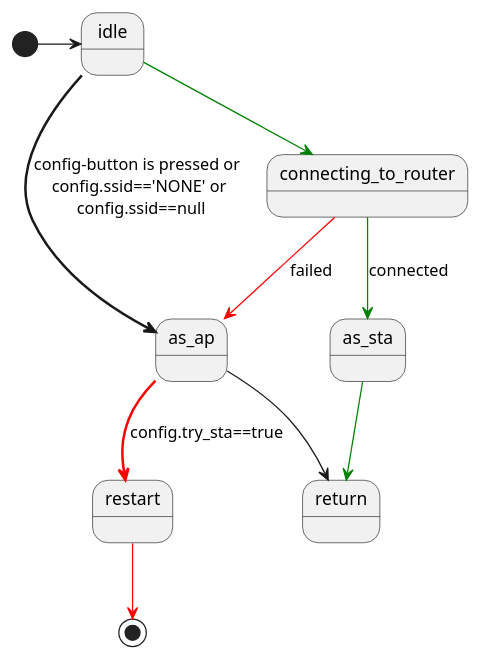
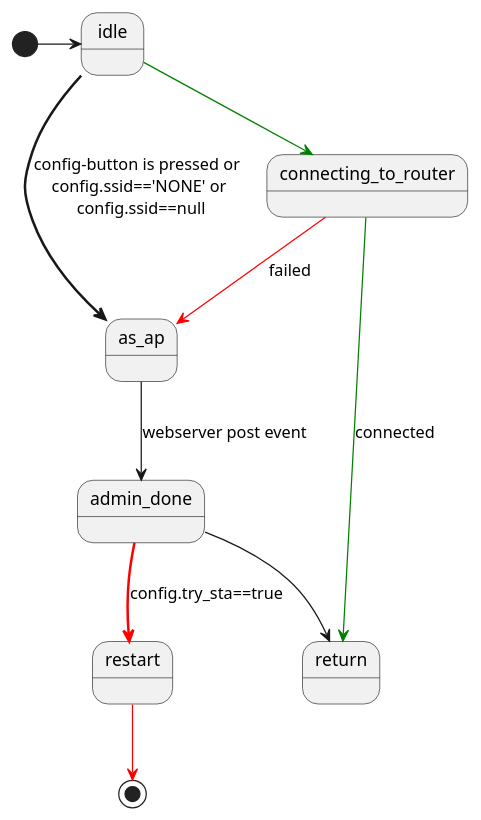
One commit to voicevon/gobot_front changed the diagram in esp32_arm/src/MyLibs/utility/webserver_starter/docs/statemachie.puml. Above: the diagram before and after it, drawn with PlantUML. The commit also changed 11 other files, not shown here.

```diff
--- a/esp32_arm/src/MyLibs/utility/webserver_starter/docs/statemachie.puml
+++ b/esp32_arm/src/MyLibs/utility/webserver_starter/docs/statemachie.puml
@@ -1,15 +1,16 @@
 @startuml
 [*] -> idle
 idle -[bold]> as_ap :config-button is pressed or \n config.ssid=='NONE' or \n config.ssid==null
 idle -[#green]-> connecting_to_router 
 
-connecting_to_router -[#green]-> as_sta :connected
-as_sta -[#green]->return
+connecting_to_router -[#green]-> return :connected
+
 
 connecting_to_router -[#red]-> as_ap :failed
-as_ap --> return
+as_ap --> admin_done :webserver post event
+admin_done --> return
 
-as_ap --[#red,bold]> restart :config.try_sta==true
+admin_done --[#red,bold]> restart :config.try_sta==true
 restart -[#red]-> [*]
 
 @enduml
```
